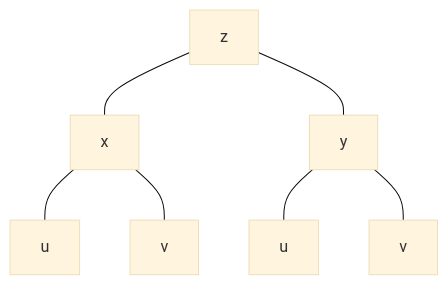
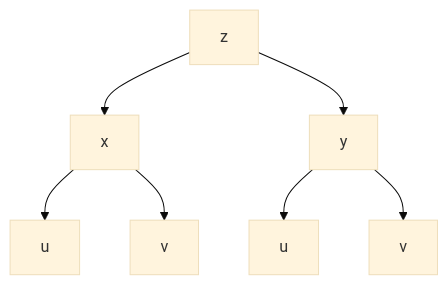
One commit to udsfgecw/website changed the first of 2 diagrams in src/features/notes/maths-module-2/notes.md. Above: the diagram before and after it, drawn with Mermaid (base theme). The commit also changed other lines of this file and 27 other files, not shown here.

````diff
--- a/src/features/notes/maths-module-2/notes.md
+++ b/src/features/notes/maths-module-2/notes.md
@@ -719,9 +595,9 @@
 ```mermaid
-flowchart TD
-    Z[z] --- X[x]
-    Z --- Y[y]
-    X --- U1[u]
-    X --- V1[v]
-    Y --- U2[u]
-    Y --- V2[v]
+graph TD
+    z --> x
+    z --> y
+    x --> u1[u]
+    x --> v1[v]
+    y --> u2[u]
+    y --> v2[v]
 ```
````
